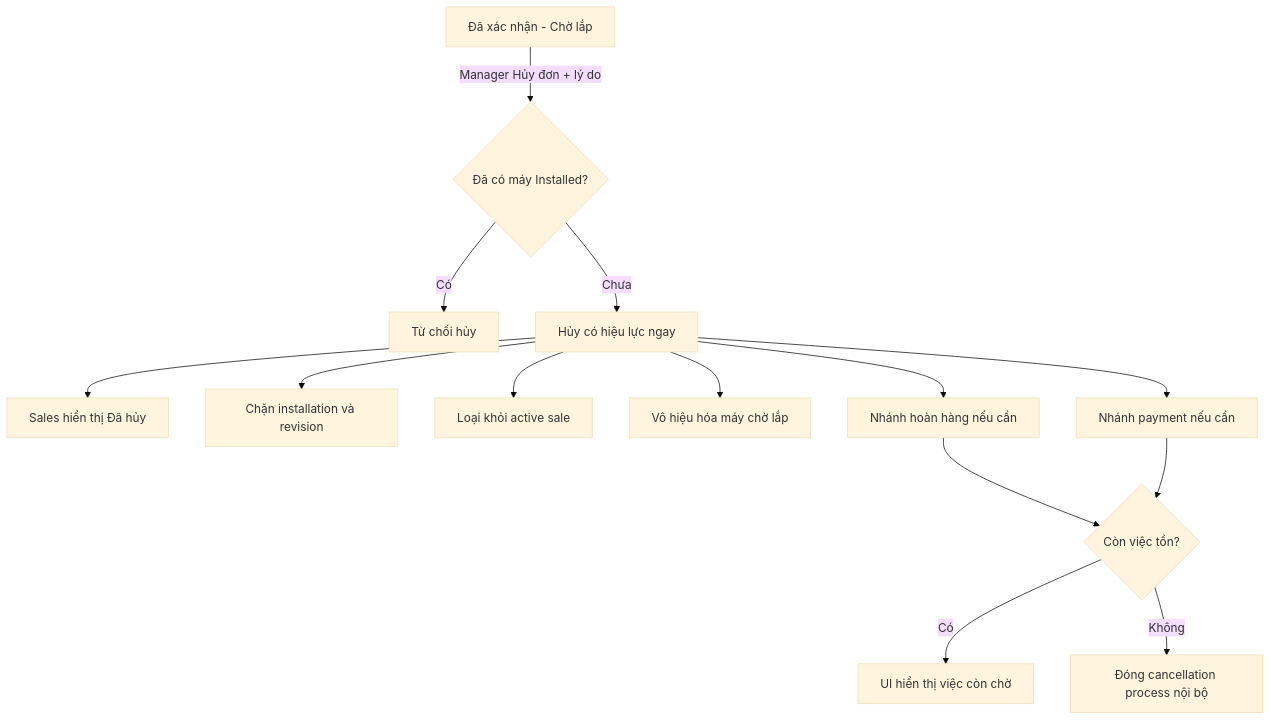
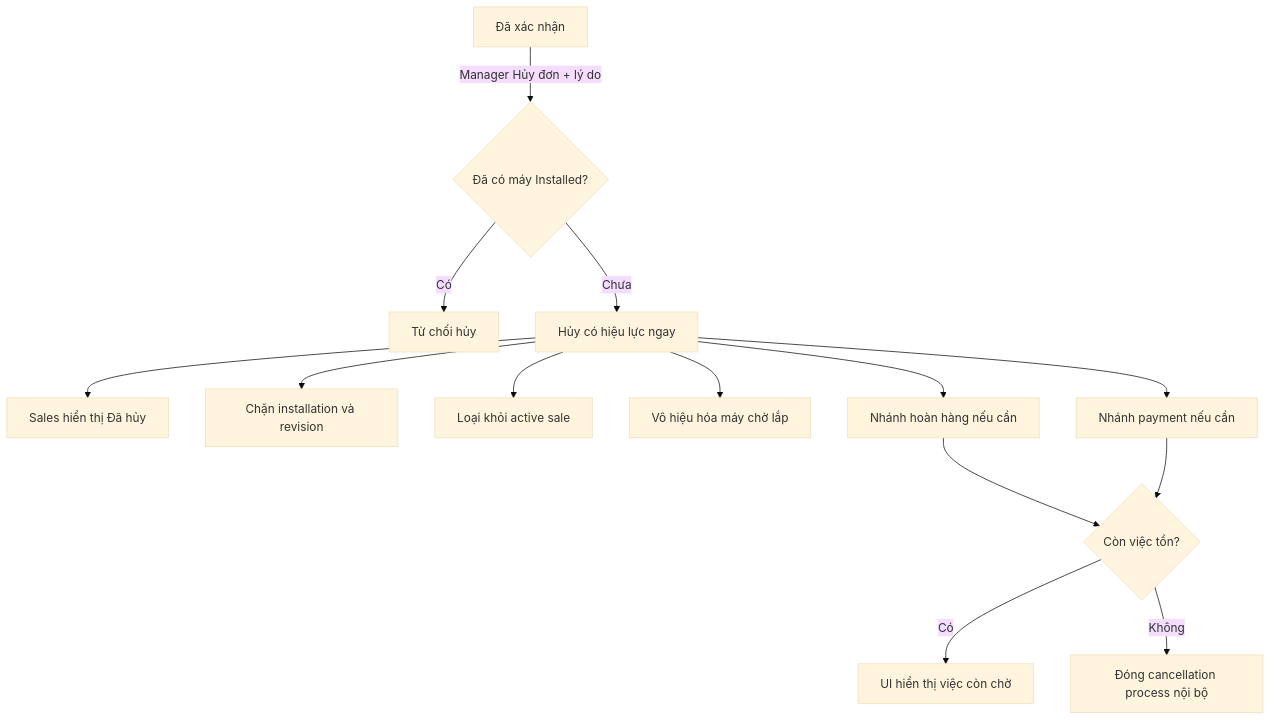
Before and after one commit to thangbq190893/VpureLux: the fifth of 9 diagrams in docs/SALES_PRE_INSTALLATION_CHANGE_CANCELLATION_FLOWS.md, drawn with Mermaid (base theme). The commit also changed other lines of this file and 7 other files, not shown here.

````diff
--- a/docs/SALES_PRE_INSTALLATION_CHANGE_CANCELLATION_FLOWS.md
+++ b/docs/SALES_PRE_INSTALLATION_CHANGE_CANCELLATION_FLOWS.md
@@ -81,18 +81,18 @@
 ```mermaid
 flowchart TD
-    A["Đã xác nhận - Chờ lắp"] -->|"Manager Hủy đơn + lý do"| B{"Đã có máy Installed?"}
+    A["Đã xác nhận"] -->|"Manager Hủy đơn + lý do"| B{"Đã có máy Installed?"}
     B -->|"Có"| C["Từ chối hủy"]
     B -->|"Chưa"| D["Hủy có hiệu lực ngay"]
 
     D --> E["Sales hiển thị Đã hủy"]
     D --> F["Chặn installation và revision"]
     D --> G["Loại khỏi active sale"]
     D --> H["Vô hiệu hóa máy chờ lắp"]
 
     D --> I["Nhánh hoàn hàng nếu cần"]
     D --> J["Nhánh payment nếu cần"]
     I --> K{"Còn việc tồn?"}
     J --> K
     K -->|"Có"| L["UI hiển thị việc còn chờ"]
     K -->|"Không"| M["Đóng cancellation process nội bộ"]
 ```
````
